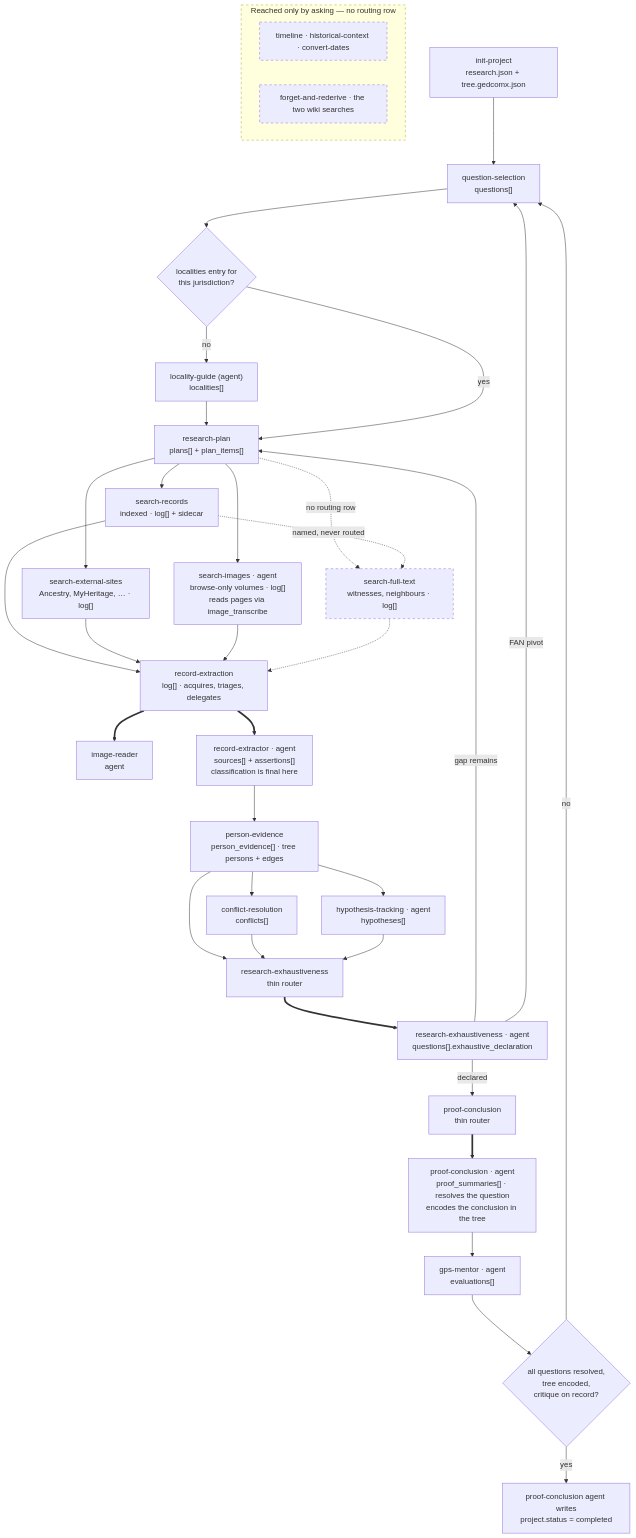
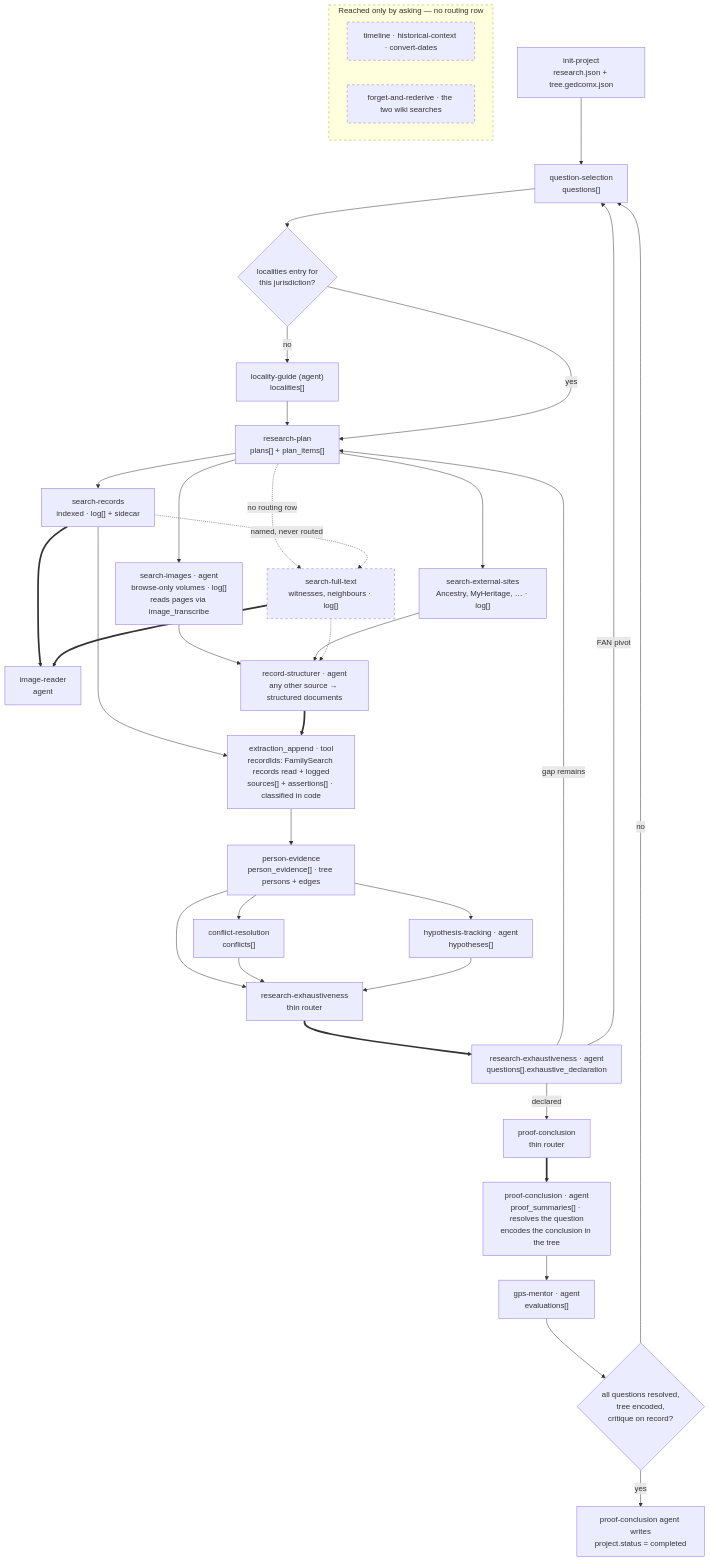
One commit to PioneerAIAcademy/cowork-genealogy changed the diagram in docs/skill-dataflow.md. Above: the diagram before and after it, drawn with Mermaid. The commit also changed other lines of this file and 34 other files, not shown here.

First line of the commit message:
Docs sweep: record-extraction and record-extractor are retired

````diff
--- a/docs/skill-dataflow.md
+++ b/docs/skill-dataflow.md
@@ -65,51 +66,52 @@
 ```mermaid
 flowchart TD
     IP["init-project<br/>research.json + tree.gedcomx.json"] --> QS
     QS["question-selection<br/>questions[]"] --> LOCGATE
     LOCGATE{"localities entry for<br/>this jurisdiction?"}
     LOCGATE -- no --> LG["locality-guide (agent)<br/>localities[]"] --> RP
     LOCGATE -- yes --> RP["research-plan<br/>plans[] + plan_items[]"]
 
     RP --> SR["search-records<br/>indexed · log[] + sidecar"]
     RP --> SE["search-external-sites<br/>Ancestry, MyHeritage, … · log[]"]
     RP --> SIA["search-images · agent<br/>browse-only volumes · log[]<br/>reads pages via image_transcribe"]
     RP -.->|"no routing row"| SF["search-full-text<br/>witnesses, neighbours · log[]"]
     SR -.->|"named, never routed"| SF
-    RE ==> IR["image-reader<br/>agent"]
+    SR ==> IR["image-reader<br/>agent"]
+    SF ==> IR
 
-    SR --> RE
-    SE --> RE
-    SIA --> RE
-    SF -.-> RE
-    RE["record-extraction<br/>log[] · acquires, triages, delegates"]
-    RE ==> RX["record-extractor · agent<br/>sources[] + assertions[]<br/>classification is final here"]
+    SR --> XA
+    SIA --> RS
+    SE --> RS
+    SF -.-> RS
+    XA["extraction_append · tool<br/>recordIds: FamilySearch records read + logged<br/>sources[] + assertions[] · classified in code"]
+    RS["record-structurer · agent<br/>any other source → structured documents"] ==> XA
 
-    RX --> PE["person-evidence<br/>person_evidence[] · tree persons + edges"]
+    XA --> PE["person-evidence<br/>person_evidence[] · tree persons + edges"]
     PE --> CR["conflict-resolution<br/>conflicts[]"]
     PE --> HT["hypothesis-tracking · agent<br/>hypotheses[]"]
     PE --> EX
     CR --> EX
     HT --> EX
 
     EX["research-exhaustiveness<br/>thin router"]
     EX ==> EXA["research-exhaustiveness · agent<br/>questions[].exhaustive_declaration"]
     EXA -- "gap remains" --> RP
     EXA -- "FAN pivot" --> QS
     EXA -- "declared" --> PC
 
     PC["proof-conclusion<br/>thin router"]
     PC ==> PCA["proof-conclusion · agent<br/>proof_summaries[] · resolves the question<br/>encodes the conclusion in the tree"]
     PCA --> GM["gps-mentor · agent<br/>evaluations[]"]
     GM --> GATE{"all questions resolved,<br/>tree encoded,<br/>critique on record?"}
     GATE -- no --> QS
     GATE -- yes --> DONE["proof-conclusion agent writes<br/>project.status = completed"]
 
     subgraph ASK ["Reached only by asking — no routing row"]
         direction LR
         U1["timeline · historical-context · convert-dates"]
         U2["forget-and-rederive · the two wiki searches"]
     end
 
     classDef unrouted stroke-dasharray: 5 5
     class SF,ASK,U1,U2 unrouted
 ```
````
